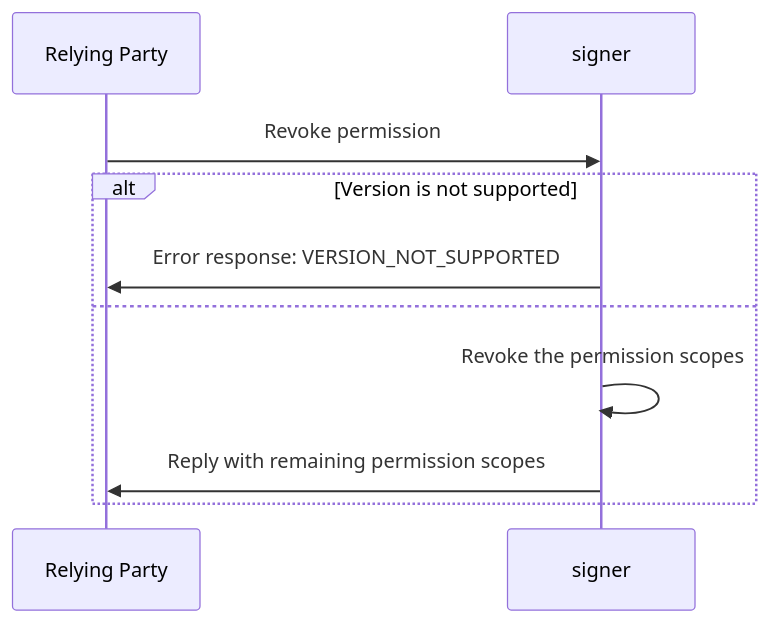
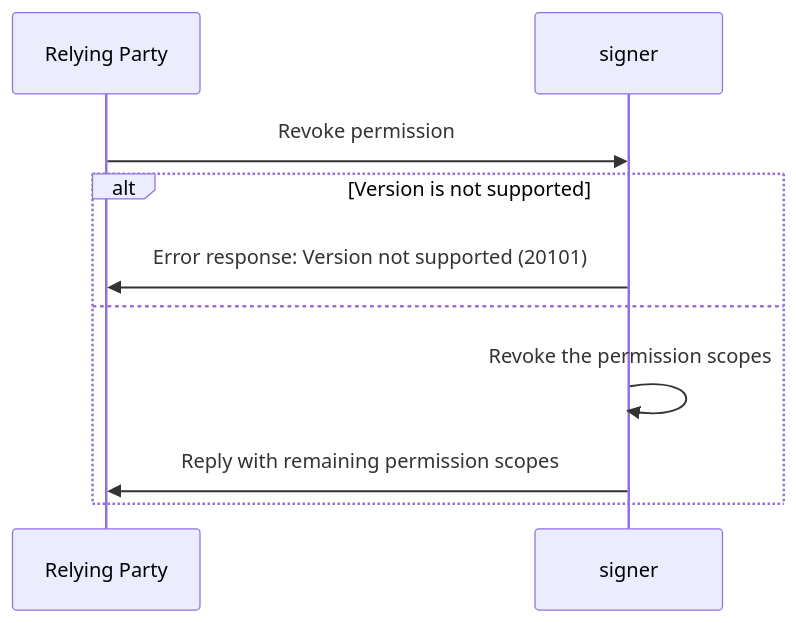
Before and after one commit to dfinity/wg-identity-authentication: the third of 3 diagrams in topics/icrc_25_signer_interaction_standard.md, drawn with Mermaid. The commit also changed other lines of this file, not shown here.

First line of the commit message:
ICRC25 Error fixes (#69)

````diff
--- a/topics/icrc_25_signer_interaction_standard.md
+++ b/topics/icrc_25_signer_interaction_standard.md
@@ -409,13 +384,13 @@
 ```mermaid
 sequenceDiagram
     participant RP as Relying Party
     participant S as signer
 
     RP ->> S: Revoke permission
     alt Version is not supported
-        S ->> RP: Error response: VERSION_NOT_SUPPORTED
+        S ->> RP: Error response: Version not supported (20101)
     else
         S ->> S: Revoke the permission scopes
         S ->> RP: Reply with remaining permission scopes
     end
 ```
````
